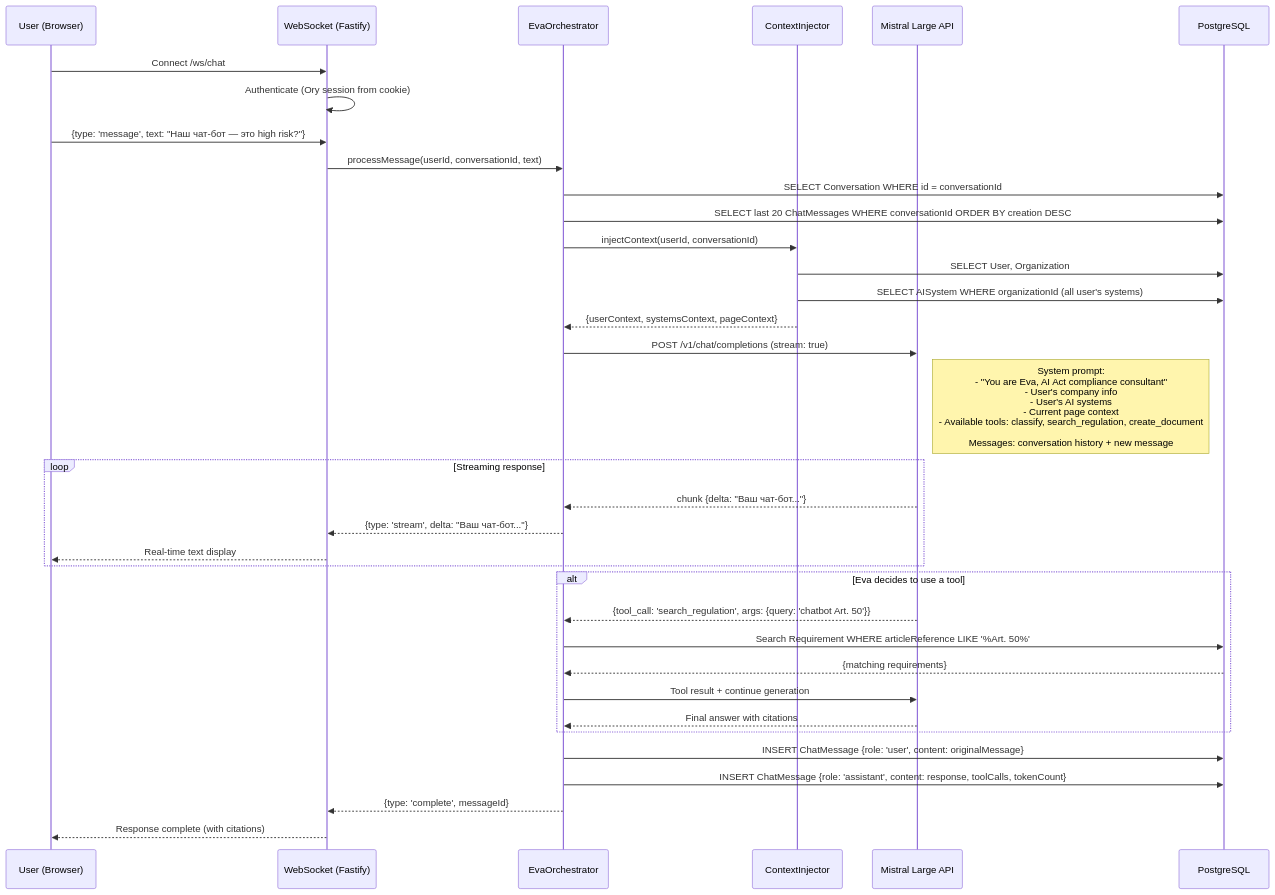
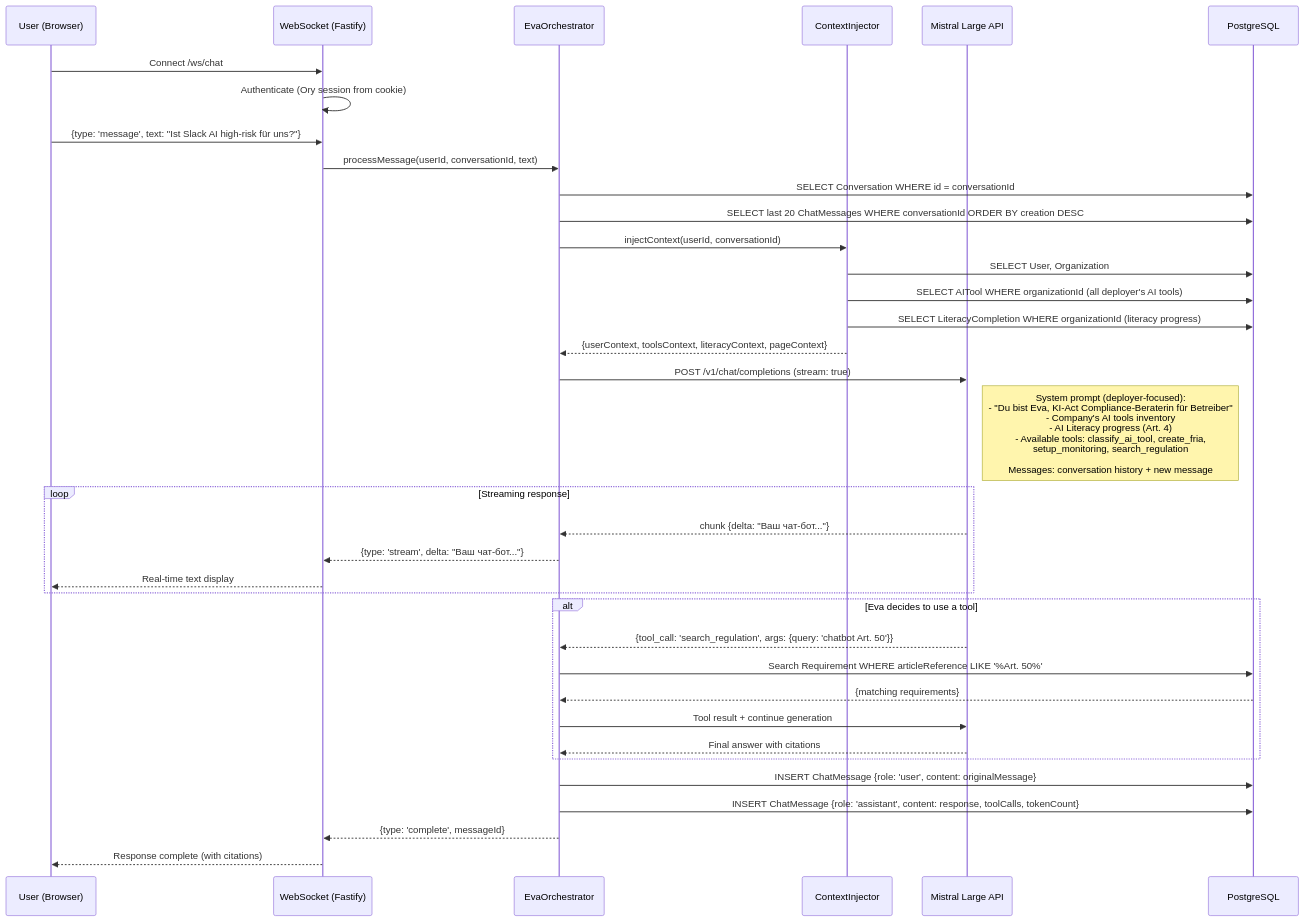
Before and after one commit to complior/complior: the fourth of 14 diagrams in docs/DATA-FLOWS.md, drawn with Mermaid. The commit also changed other lines of this file and 7 other files, not shown here.

First line of the commit message:
docs: deployer-first pivot — rewrite all Phase 0 docs (v2.0.0)

````diff
--- a/docs/DATA-FLOWS.md
+++ b/docs/DATA-FLOWS.md
@@ -177,46 +189,47 @@
 ```mermaid
 sequenceDiagram
     participant User as User (Browser)
     participant WS as WebSocket (Fastify)
     participant Eva as EvaOrchestrator
     participant Context as ContextInjector
     participant LLM as Mistral Large API
     participant DB as PostgreSQL
 
     User->>WS: Connect /ws/chat
     WS->>WS: Authenticate (Ory session from cookie)
 
-    User->>WS: {type: 'message', text: "Наш чат-бот — это high risk?"}
+    User->>WS: {type: 'message', text: "Ist Slack AI high-risk für uns?"}
 
     WS->>Eva: processMessage(userId, conversationId, text)
 
     Eva->>DB: SELECT Conversation WHERE id = conversationId
     Eva->>DB: SELECT last 20 ChatMessages WHERE conversationId ORDER BY creation DESC
 
     Eva->>Context: injectContext(userId, conversationId)
     Context->>DB: SELECT User, Organization
-    Context->>DB: SELECT AISystem WHERE organizationId (all user's systems)
-    Context-->>Eva: {userContext, systemsContext, pageContext}
+    Context->>DB: SELECT AITool WHERE organizationId (all deployer's AI tools)
+    Context->>DB: SELECT LiteracyCompletion WHERE organizationId (literacy progress)
+    Context-->>Eva: {userContext, toolsContext, literacyContext, pageContext}
 
     Eva->>LLM: POST /v1/chat/completions (stream: true)
-    Note right of LLM: System prompt:<br/>- "You are Eva, AI Act compliance consultant"<br/>- User's company info<br/>- User's AI systems<br/>- Current page context<br/>- Available tools: classify, search_regulation, create_document<br/><br/>Messages: conversation history + new message
+    Note right of LLM: System prompt (deployer-focused):<br/>- "Du bist Eva, KI-Act Compliance-Beraterin für Betreiber"<br/>- Company's AI tools inventory<br/>- AI Literacy progress (Art. 4)<br/>- Available tools: classify_ai_tool, create_fria,<br/>  setup_monitoring, search_regulation<br/><br/>Messages: conversation history + new message
 
     loop Streaming response
         LLM-->>Eva: chunk {delta: "Ваш чат-бот..."}
         Eva-->>WS: {type: 'stream', delta: "Ваш чат-бот..."}
         WS-->>User: Real-time text display
     end
 
     alt Eva decides to use a tool
         LLM-->>Eva: {tool_call: 'search_regulation', args: {query: 'chatbot Art. 50'}}
         Eva->>DB: Search Requirement WHERE articleReference LIKE '%Art. 50%'
         DB-->>Eva: {matching requirements}
         Eva->>LLM: Tool result + continue generation
         LLM-->>Eva: Final answer with citations
     end
 
     Eva->>DB: INSERT ChatMessage {role: 'user', content: originalMessage}
     Eva->>DB: INSERT ChatMessage {role: 'assistant', content: response, toolCalls, tokenCount}
     Eva-->>WS: {type: 'complete', messageId}
     WS-->>User: Response complete (with citations)
 ```
````
